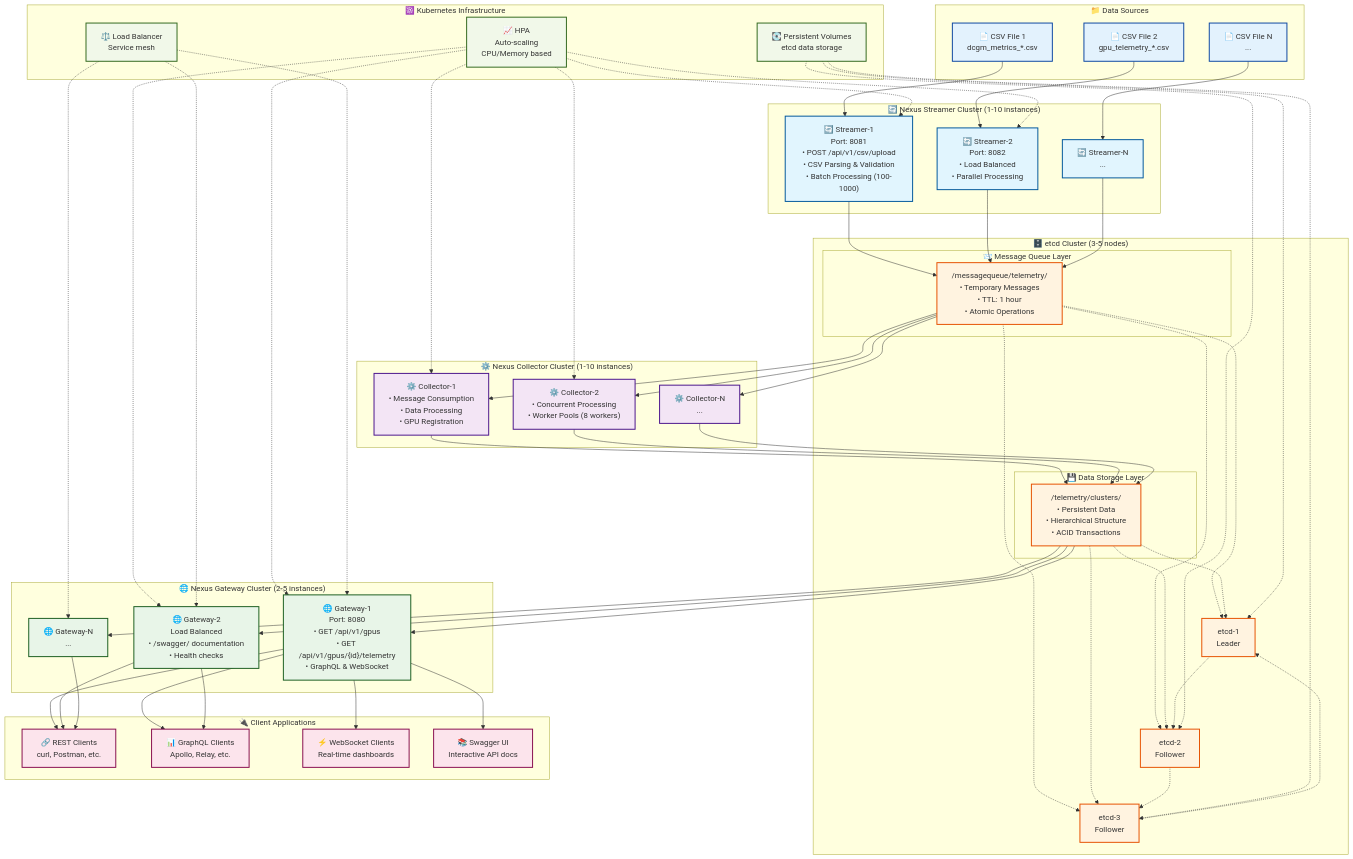
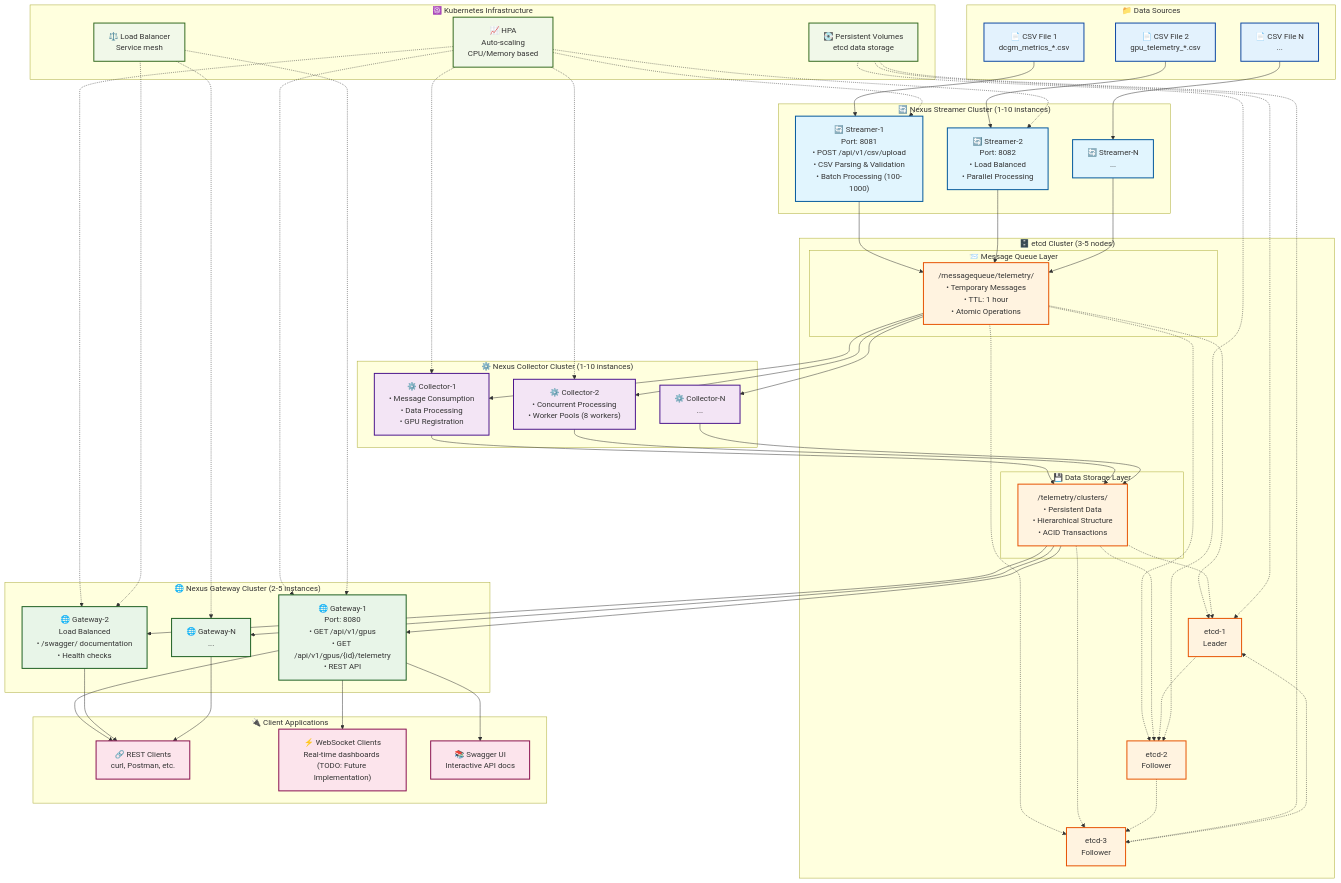
One commit to dilipmighty245/telemetry-pipeline changed the diagram in README.md. Above: the diagram before and after it, drawn with Mermaid. The commit also changed other lines of this file, not shown here.

```diff
--- a/README.md
+++ b/README.md
@@ -72,15 +67,14 @@
     end
     
     subgraph "🌐 Nexus Gateway Cluster (2-5 instances)"
-        NG1["🌐 Gateway-1<br/>Port: 8080<br/>• GET /api/v1/gpus<br/>• GET /api/v1/gpus/{id}/telemetry<br/>• GraphQL & WebSocket"]
+        NG1["🌐 Gateway-1<br/>Port: 8080<br/>• GET /api/v1/gpus<br/>• GET /api/v1/gpus/{id}/telemetry<br/>• REST API"]
         NG2["🌐 Gateway-2<br/>Load Balanced<br/>• /swagger/ documentation<br/>• Health checks"]
         NGN["🌐 Gateway-N<br/>..."]
     end
     
     subgraph "🔌 Client Applications"
         REST["🔗 REST Clients<br/>curl, Postman, etc."]
-        GQL["📊 GraphQL Clients<br/>Apollo, Relay, etc."]
-        WS["⚡ WebSocket Clients<br/>Real-time dashboards"]
+        WS["⚡ WebSocket Clients<br/>Real-time dashboards (TODO: Future Implementation)"]
         DOCS["📚 Swagger UI<br/>Interactive API docs"]
     end
     
@@ -112,12 +106,10 @@
     DS --> NGN
     
     NG1 --> REST
-    NG1 --> GQL
     NG1 --> WS
     NG1 --> DOCS
     
     NG2 --> REST
-    NG2 --> GQL
     NGN --> REST
     
     %% etcd Internal Connections
```
